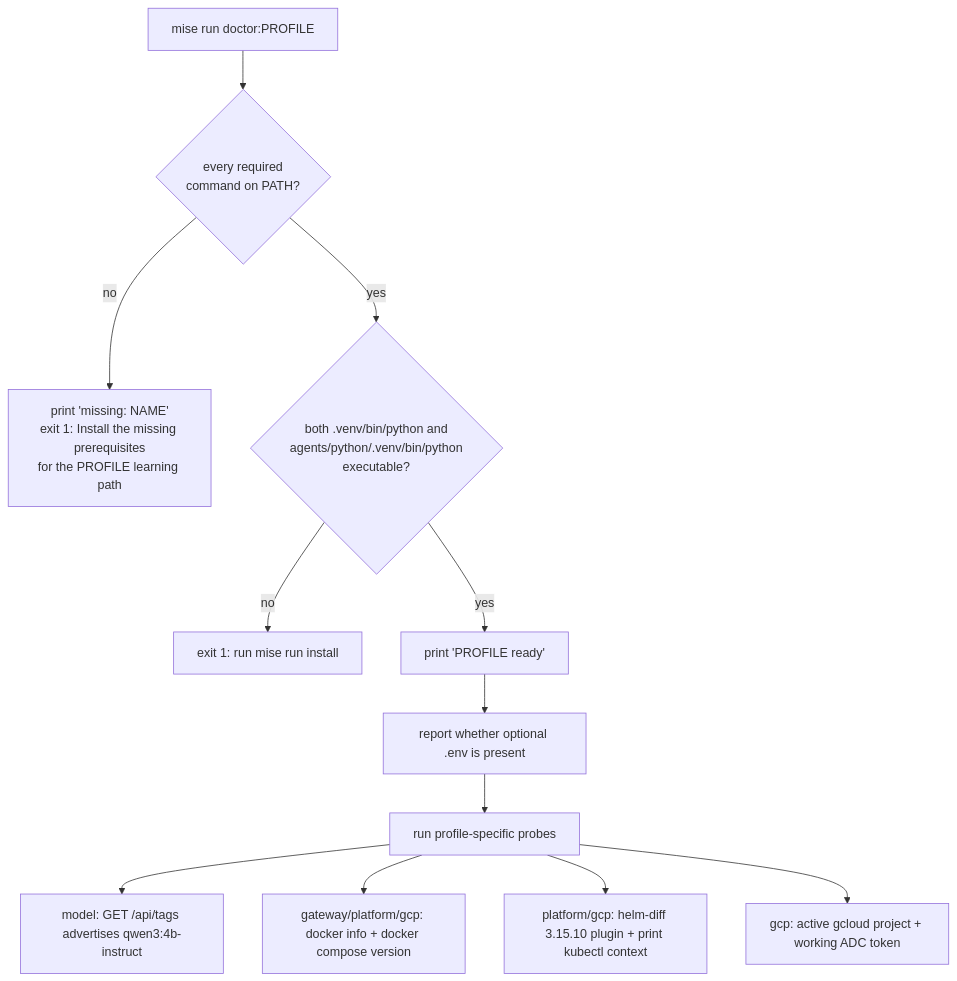
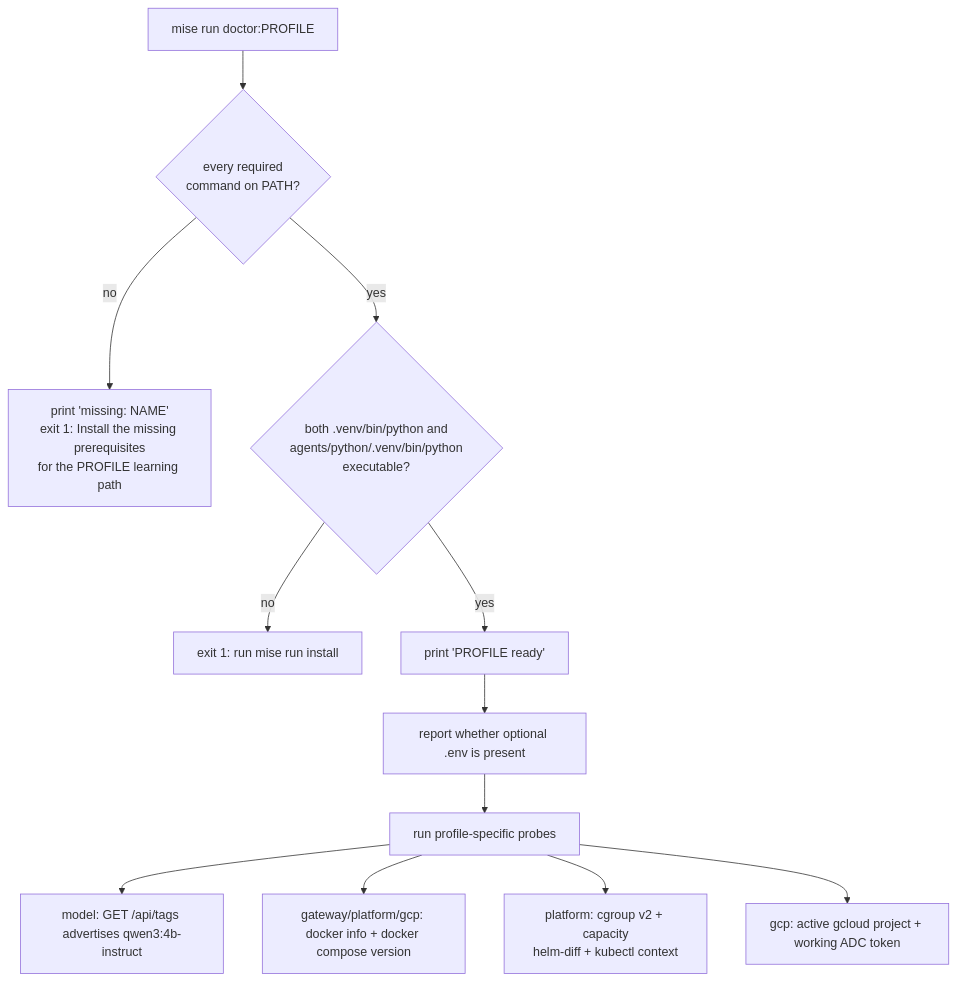
The second of 2 diagrams in docs/1. Setup/1.0. System.md (LuiGGi629/agentops-open-course), drawn with Mermaid before and after one commit. The commit also changed other lines of this file and 44 other files, not shown here.

````diff
--- a/docs/1. Setup/1.0. System.md
+++ b/docs/1. Setup/1.0. System.md
@@ -159,14 +159,14 @@
     ```mermaid
     flowchart TD
         start["mise run doctor:PROFILE"] --> req{"every required<br/>command on PATH?"}
         req -->|no| fail1["print 'missing: NAME'<br/>exit 1: Install the missing prerequisites<br/>for the PROFILE learning path"]
         req -->|yes| venv{"both .venv/bin/python and<br/>agents/python/.venv/bin/python<br/>executable?"}
         venv -->|no| fail2["exit 1: run mise run install"]
         venv -->|yes| ready["print 'PROFILE ready'"]
         ready --> env["report whether optional .env is present"]
         env --> probe["run profile-specific probes"]
         probe --> model["model: GET /api/tags advertises qwen3:4b-instruct"]
         probe --> gw["gateway/platform/gcp: docker info + docker compose version"]
-        probe --> plat["platform/gcp: helm-diff 3.15.10 plugin + print kubectl context"]
+        probe --> plat["platform: cgroup v2 + capacity<br/>helm-diff + kubectl context"]
         probe --> gcp["gcp: active gcloud project + working ADC token"]
     ```
````
